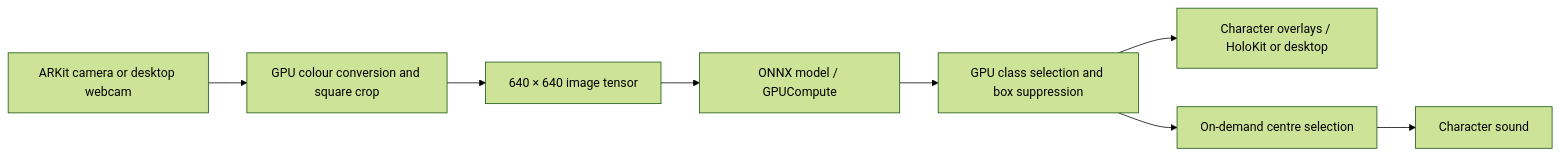
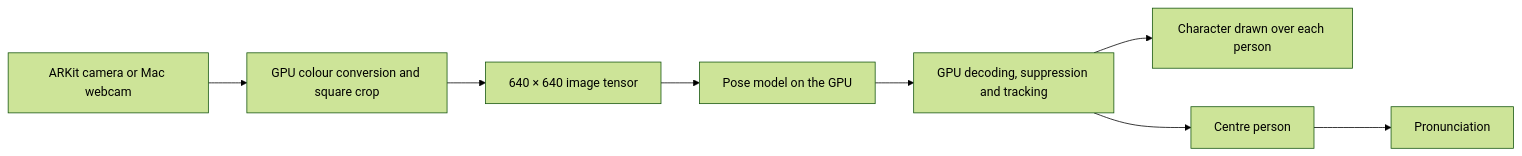
Before and after one commit to realitydeslab/bodyoracle: the diagram in README.md, drawn with Mermaid (forest theme). The commit also changed other lines of this file, not shown here.

First line of the commit message:
docs(readme): present Body Oracle as an on-device AI on HoloKit example

````diff
--- a/README.md
+++ b/README.md
@@ -102,10 +134,10 @@
 ```mermaid
 flowchart LR
-    A[ARKit camera or desktop webcam] --> B[GPU colour conversion and square crop]
+    A[ARKit camera or Mac webcam] --> B[GPU colour conversion and square crop]
     B --> C[640 × 640 image tensor]
-    C --> D[ONNX model / GPUCompute]
-    D --> E[GPU class selection and box suppression]
-    E --> F[Character overlays / HoloKit or desktop]
-    E --> G[On-demand centre selection]
-    G --> H[Character sound]
+    C --> D[Pose model on the GPU]
+    D --> E[GPU decoding, suppression and tracking]
+    E --> F[Character drawn over each person]
+    E --> G[Centre person]
+    G --> H[Pronunciation]
 ```
````
